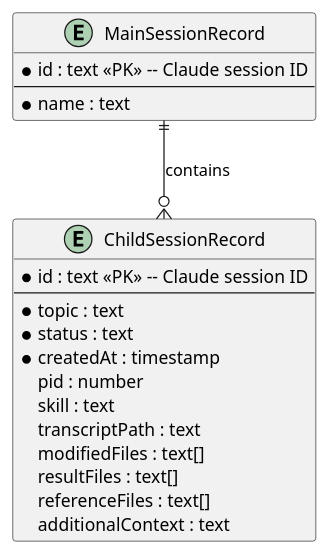
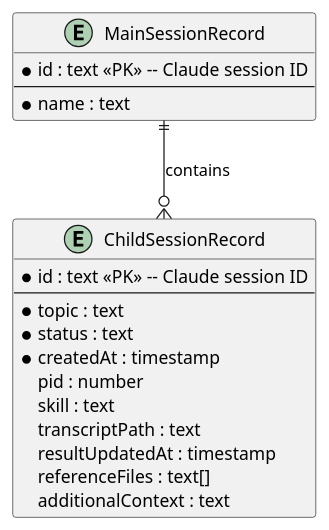
Before and after one commit to studykit/studykit-marketplace: the second of 8 diagrams in A4/co-think/2026-03-29-2100-agent-orchestrator.architecture.md, drawn with PlantUML. The commit also changed other lines of this file and 6 other files, not shown here.

````diff
--- a/A4/co-think/2026-03-29-2100-agent-orchestrator.architecture.md
+++ b/A4/co-think/2026-03-29-2100-agent-orchestrator.architecture.md
@@ -73,26 +79,25 @@
 ```plantuml
 @startuml
 entity "MainSessionRecord" as main {
   *id : text <<PK>> -- Claude session ID
   --
   *name : text
 }
 
 entity "ChildSessionRecord" as child {
   *id : text <<PK>> -- Claude session ID
   --
   *topic : text
   *status : text
   *createdAt : timestamp
   pid : number
   skill : text
   transcriptPath : text
-  modifiedFiles : text[]
-  resultFiles : text[]
+  resultUpdatedAt : timestamp
   referenceFiles : text[]
   additionalContext : text
 }
 
 main ||--o{ child : contains
 @enduml
 ```
````
